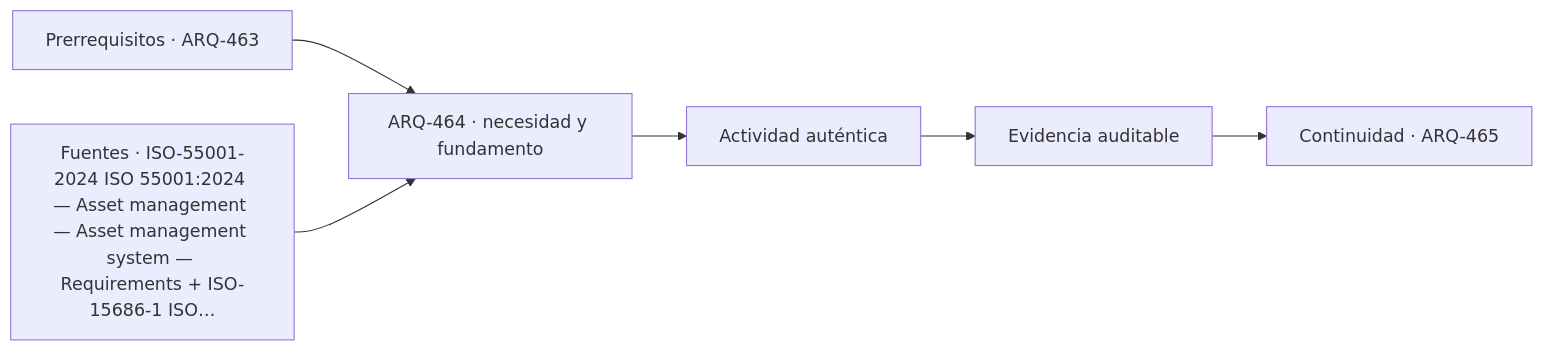
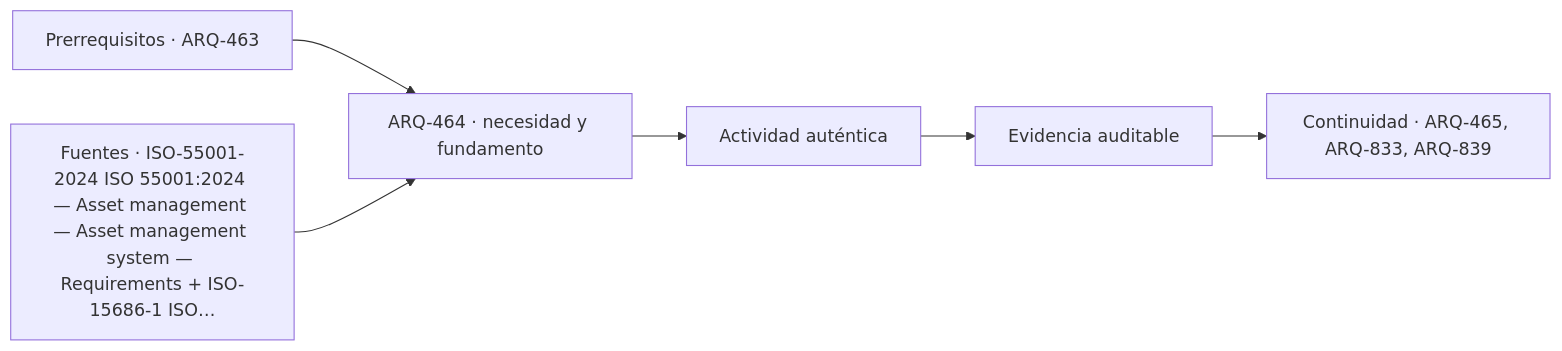
Before and after one commit to vladimiracunadev-create/architecture-built-environment-learning-program: the diagram in classes/parte-47/ARQ-464.md, drawn with Mermaid. The commit also changed other lines of this file and 182 other files, not shown here.

````diff
--- a/classes/parte-47/ARQ-464.md
+++ b/classes/parte-47/ARQ-464.md
@@ -87,8 +87,8 @@
 ```mermaid
 flowchart LR
     A["Prerrequisitos · ARQ-463"] --> B["ARQ-464 · necesidad y fundamento"]
     S["Fuentes · ISO-55001-2024 ISO 55001:2024 — Asset management — Asset management system — Requirements + ISO-15686-1 ISO…"] --> B
     B --> C["Actividad auténtica"]
     C --> D["Evidencia auditable"]
-    D --> E["Continuidad · ARQ-465"]
+    D --> E["Continuidad · ARQ-465, ARQ-833, ARQ-839"]
 ```
````
